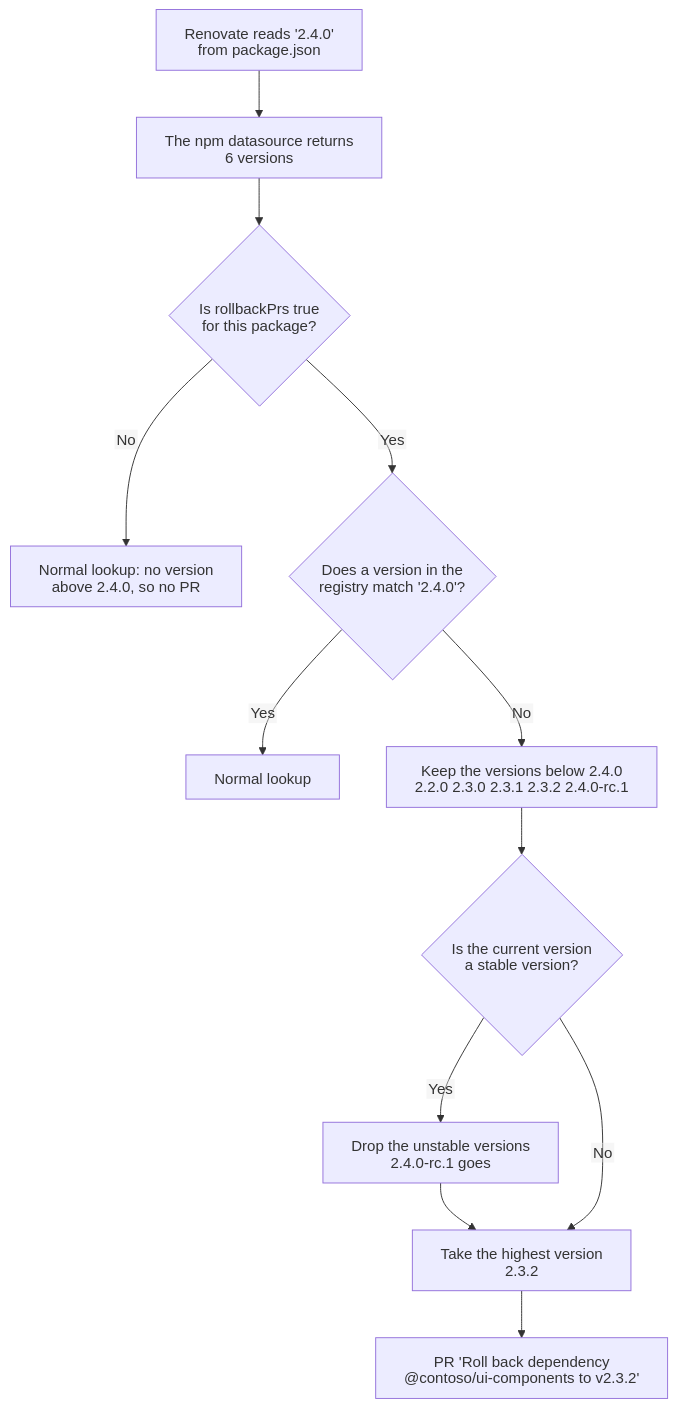
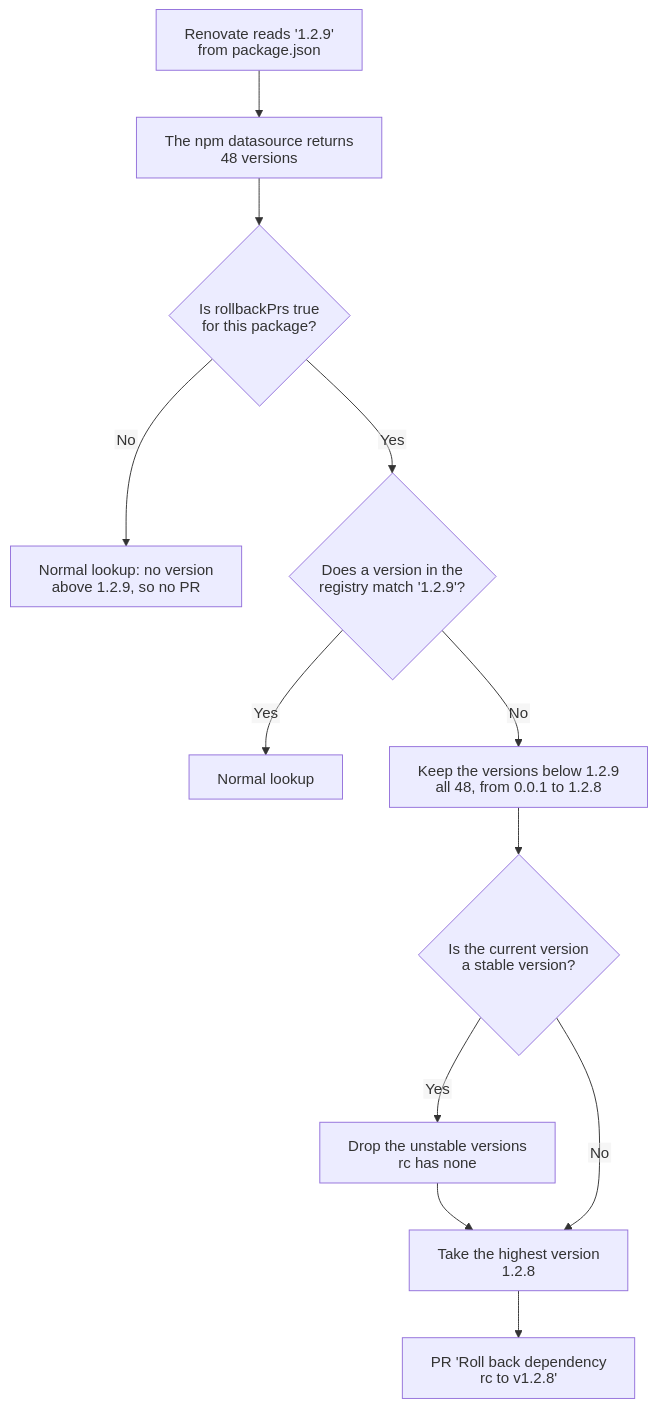
Before and after one commit to Susling/renovate-talk-examples: the second of 2 diagrams in features/08-rollback-prs/README.md, drawn with Mermaid. The commit also changed other lines of this file and 5 other files, not shown here.

First line of the commit message:
Use the real npm package rc in the rollback example

````diff
--- a/features/08-rollback-prs/README.md
+++ b/features/08-rollback-prs/README.md
@@ -41,23 +43,23 @@
 ```mermaid
 %%{init: {"htmlLabels": false, "flowchart": {"htmlLabels": false, "wrappingWidth": 400}}}%%
 flowchart TD
-    A["Renovate reads '2.4.0'<br/>from package.json"]
-    B["The npm datasource returns<br/>6 versions"]
+    A["Renovate reads '1.2.9'<br/>from package.json"]
+    B["The npm datasource returns<br/>48 versions"]
     C{"Is rollbackPrs true<br/>for this package?"}
-    D["Normal lookup: no version<br/>above 2.4.0, so no PR"]
-    E{"Does a version in the<br/>registry match '2.4.0'?"}
+    D["Normal lookup: no version<br/>above 1.2.9, so no PR"]
+    E{"Does a version in the<br/>registry match '1.2.9'?"}
     F["Normal lookup"]
-    G["Keep the versions below 2.4.0<br/>2.2.0 2.3.0 2.3.1 2.3.2 2.4.0-rc.1"]
+    G["Keep the versions below 1.2.9<br/>all 48, from 0.0.1 to 1.2.8"]
     H{"Is the current version<br/>a stable version?"}
-    I["Drop the unstable versions<br/>2.4.0-rc.1 goes"]
-    J["Take the highest version<br/>2.3.2"]
-    K["PR 'Roll back dependency<br/>@contoso/ui-components to v2.3.2'"]
+    I["Drop the unstable versions<br/>rc has none"]
+    J["Take the highest version<br/>1.2.8"]
+    K["PR 'Roll back dependency<br/>rc to v1.2.8'"]
     A --> B --> C
     C -->|No| D
     C -->|Yes| E
     E -->|Yes| F
     E -->|No| G --> H
     H -->|Yes| I --> J
     H -->|No| J
     J --> K
 ```
````
